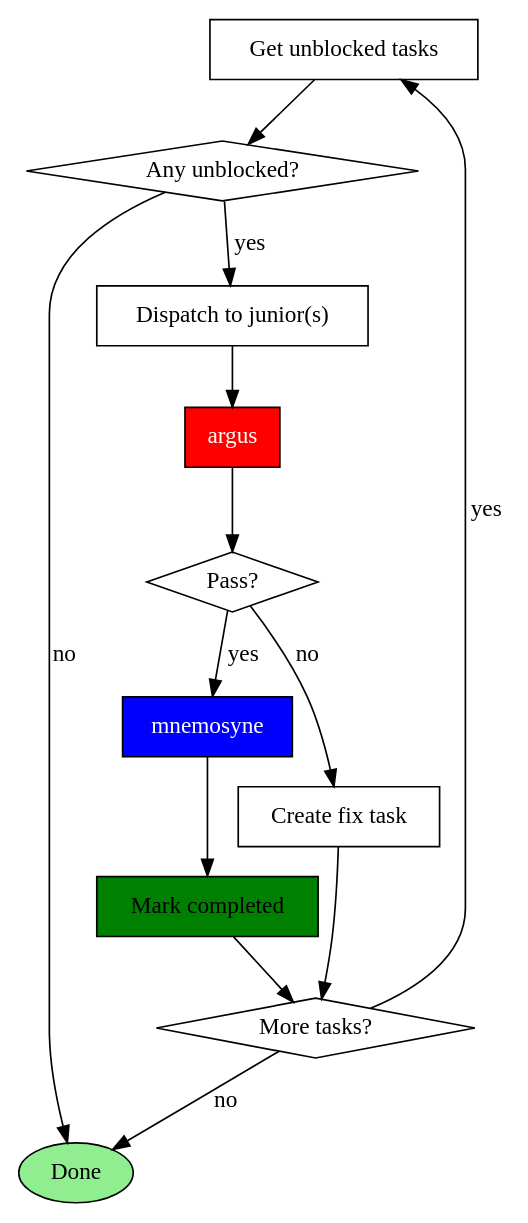
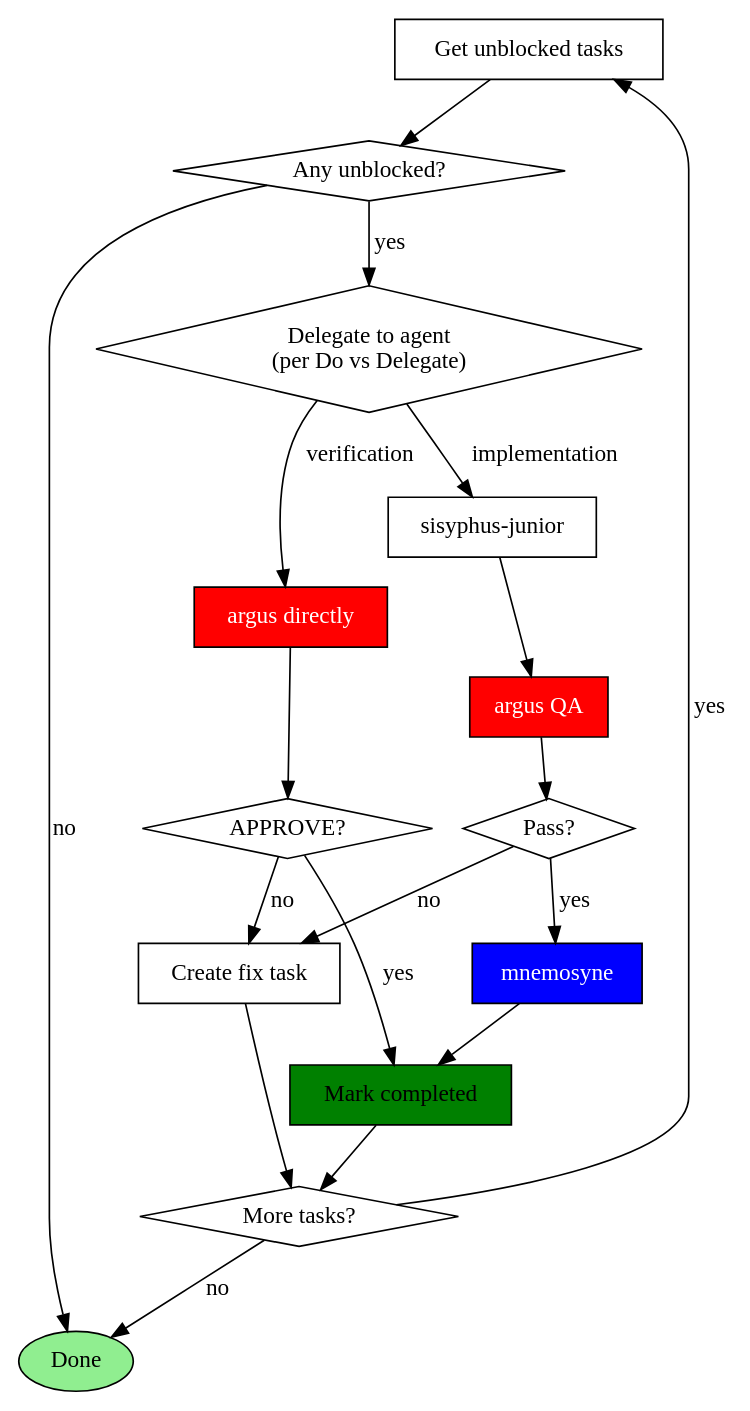
Before and after one commit to toongri/oh-my-toong-playground: the third of 4 diagrams in skills/sisyphus/SKILL.md, drawn with Graphviz. The commit also changed other lines of this file and 2 other files, not shown here.

````diff
--- a/skills/sisyphus/SKILL.md
+++ b/skills/sisyphus/SKILL.md
@@ -283,28 +283,36 @@
 ```dot
 digraph task_loop {
     rankdir=TB;
     "Get unblocked tasks" [shape=box];
     "Any unblocked?" [shape=diamond];
-    "Dispatch to junior(s)" [shape=box];
-    "argus" [shape=box, style=filled, fillcolor=red, fontcolor=white];
+    "Delegate to agent\n(per Do vs Delegate)" [shape=diamond];
+    "sisyphus-junior" [shape=box];
+    "argus directly" [shape=box, style=filled, fillcolor=red, fontcolor=white];
+    "argus QA" [shape=box, style=filled, fillcolor=red, fontcolor=white];
     "Pass?" [shape=diamond];
+    "APPROVE?" [shape=diamond];
     "mnemosyne" [shape=box, style=filled, fillcolor=blue, fontcolor=white];
     "Mark completed" [shape=box, style=filled, fillcolor=green];
     "Create fix task" [shape=box];
     "More tasks?" [shape=diamond];
     "Done" [shape=ellipse, style=filled, fillcolor=lightgreen];
 
     "Get unblocked tasks" -> "Any unblocked?";
-    "Any unblocked?" -> "Dispatch to junior(s)" [label="yes"];
+    "Any unblocked?" -> "Delegate to agent\n(per Do vs Delegate)" [label="yes"];
     "Any unblocked?" -> "Done" [label="no"];
-    "Dispatch to junior(s)" -> "argus";
-    "argus" -> "Pass?";
+    "Delegate to agent\n(per Do vs Delegate)" -> "sisyphus-junior" [label="implementation"];
+    "Delegate to agent\n(per Do vs Delegate)" -> "argus directly" [label="verification"];
+    "sisyphus-junior" -> "argus QA";
+    "argus QA" -> "Pass?";
     "Pass?" -> "mnemosyne" [label="yes"];
     "Pass?" -> "Create fix task" [label="no"];
     "mnemosyne" -> "Mark completed";
+    "argus directly" -> "APPROVE?";
+    "APPROVE?" -> "Mark completed" [label="yes"];
+    "APPROVE?" -> "Create fix task" [label="no"];
     "Mark completed" -> "More tasks?";
     "Create fix task" -> "More tasks?";
     "More tasks?" -> "Get unblocked tasks" [label="yes"];
     "More tasks?" -> "Done" [label="no"];
 }
 ```
````
